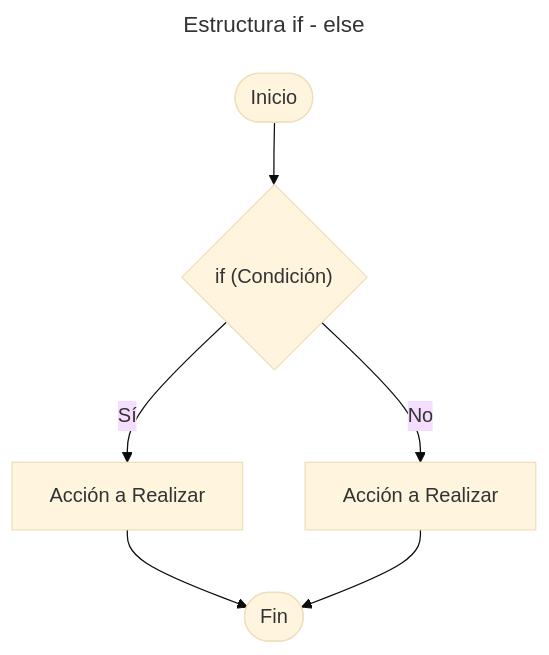
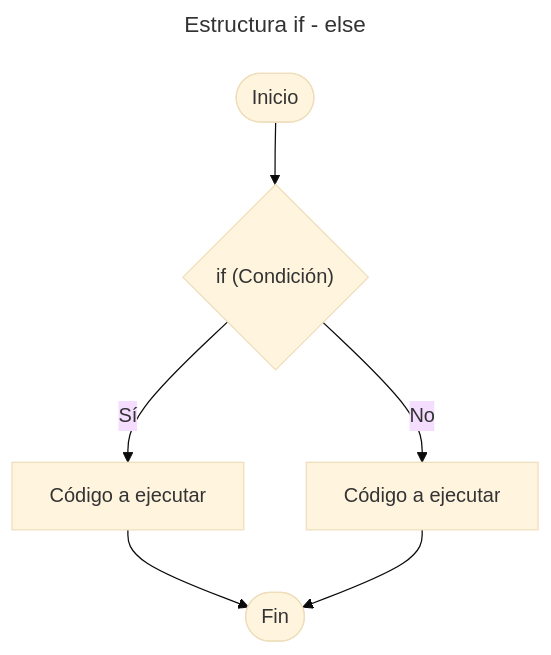
Before and after one commit to EnriqueChavezM/cpp-labs-and-tutorials: the second of 7 diagrams in 01_Fundamentos/05_Estructuras_de_Control/01_Estructuras_de_Control.md, drawn with Mermaid (base theme). The commit also changed other lines of this file and 3 other files, not shown here.

````diff
--- a/01_Fundamentos/05_Estructuras_de_Control/01_Estructuras_de_Control.md
+++ b/01_Fundamentos/05_Estructuras_de_Control/01_Estructuras_de_Control.md
@@ -69,11 +74,11 @@
 ```mermaid
 ---
 title: Estructura if - else
 ---
 graph TD
     A(["Inicio"]) --> B{"if (Condición)"}
-    B -- Sí --> C["Acción a Realizar"]
-    B -- No --> D["Acción a Realizar"]
+    B -- Sí --> C["Código a ejecutar"]
+    B -- No --> D["Código a ejecutar"]
     C --> E(["Fin"])
     D --> E
 ```
````
